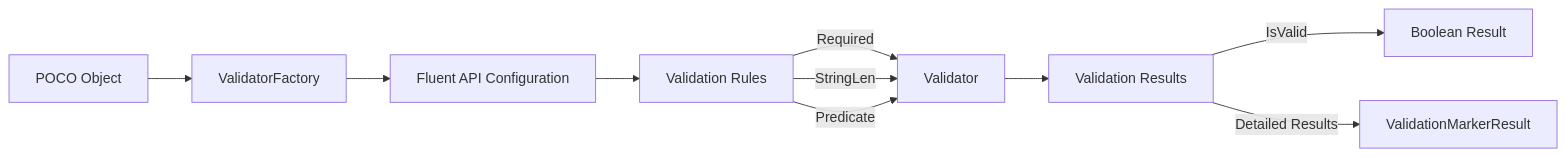
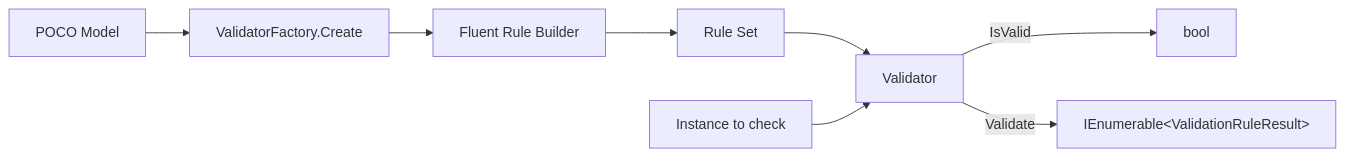
Before and after one commit to rasulhsn/DynamicVNET: the diagram in README.md, drawn with Mermaid. The commit also changed other lines of this file, not shown here.

````diff
--- a/README.md
+++ b/README.md
@@ -37,12 +66,10 @@
 ```mermaid
 flowchart LR
-    A[POCO Object] --> B[ValidatorFactory]
-    B --> C[Fluent API Configuration]
-    C --> D[Validation Rules]
-    D -->|Required| E[Validator]
-    D -->|StringLen| E
-    D -->|Predicate| E
-    E --> F[Validation Results]
-    F -->|IsValid| G[Boolean Result]
-    F -->|Detailed Results| H[ValidationMarkerResult]
+    A[POCO Model] --> B[ValidatorFactory.Create]
+    B --> C[Fluent Rule Builder]
+    C --> D[Rule Set]
+    D --> E[Validator]
+    F[Instance to check] --> E
+    E -->|IsValid| G[bool]
+    E -->|Validate| H[IEnumerable&lt;ValidationRuleResult&gt;]
 ```
````
